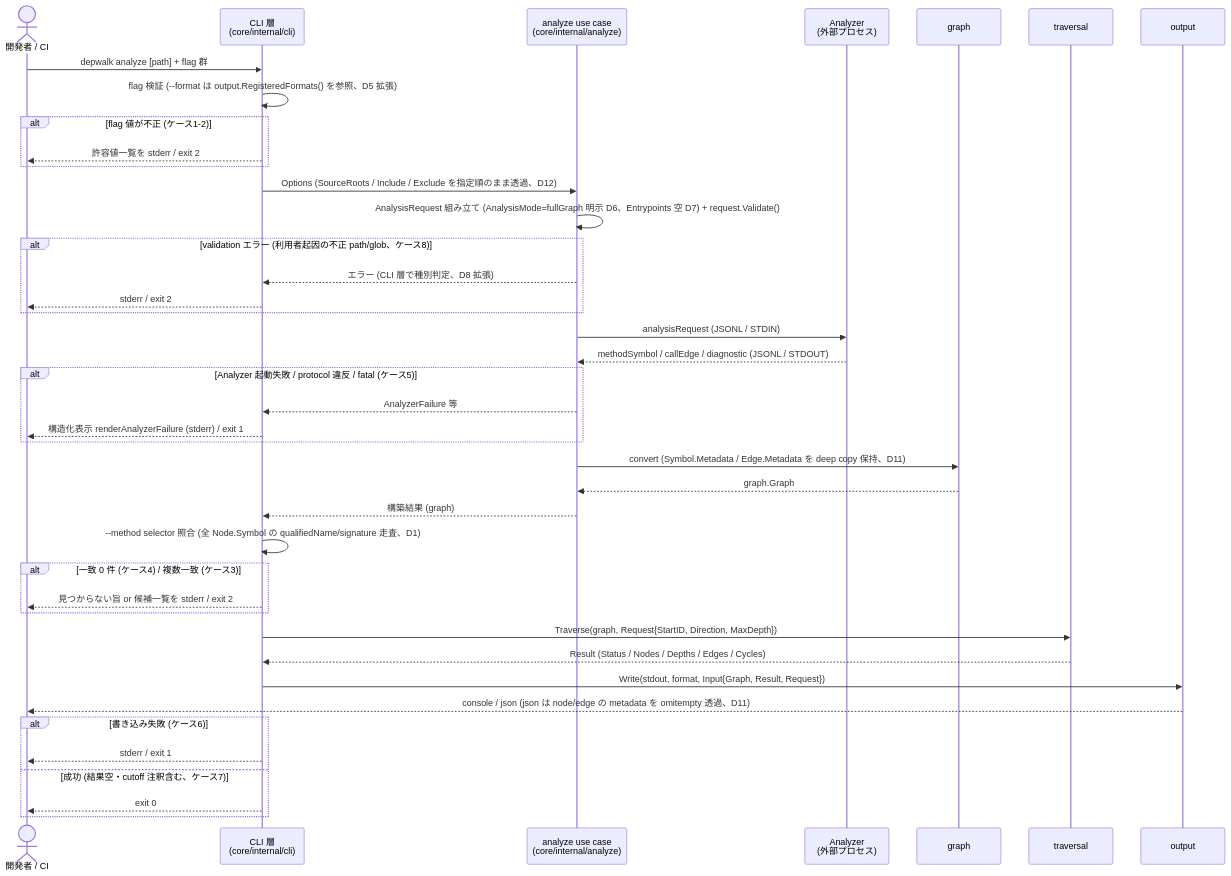
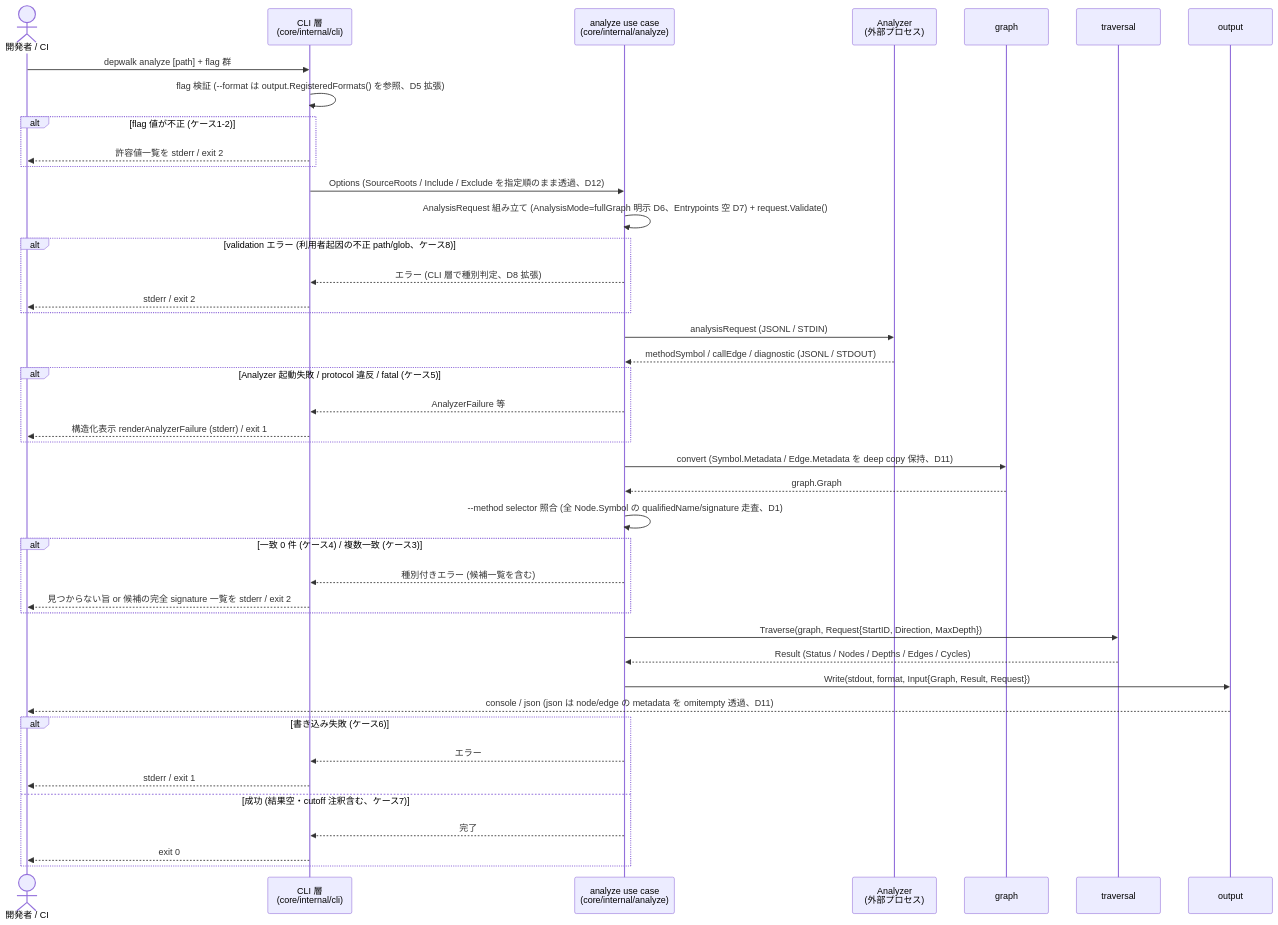
Before and after one commit to Fukuemon/depwalk: the second of 2 diagrams in specs/22-cli-interface/index.md, drawn with Mermaid. The commit also changed other lines of this file and 1 other file, not shown here.

First line of the commit message:
docs(spec): diagram レビュー指摘対応 — orchestration を use case 側へ修正 #22

````diff
--- a/specs/22-cli-interface/index.md
+++ b/specs/22-cli-interface/index.md
@@ -342,44 +342,46 @@
 ```mermaid
 sequenceDiagram
     actor User as 開発者 / CI
     participant CLI as CLI 層<br/>(core/internal/cli)
     participant UC as analyze use case<br/>(core/internal/analyze)
     participant AZ as Analyzer<br/>(外部プロセス)
     participant G as graph
     participant T as traversal
     participant O as output
 
     User->>CLI: depwalk analyze [path] + flag 群
     CLI->>CLI: flag 検証 (--format は output.RegisteredFormats() を参照、D5 拡張)
     alt flag 値が不正 (ケース1-2)
         CLI-->>User: 許容値一覧を stderr / exit 2
     end
     CLI->>UC: Options (SourceRoots / Include / Exclude を指定順のまま透過、D12)
     UC->>UC: AnalysisRequest 組み立て (AnalysisMode=fullGraph 明示 D6、Entrypoints 空 D7) + request.Validate()
     alt validation エラー (利用者起因の不正 path/glob、ケース8)
         UC-->>CLI: エラー (CLI 層で種別判定、D8 拡張)
         CLI-->>User: stderr / exit 2
     end
     UC->>AZ: analysisRequest (JSONL / STDIN)
     AZ-->>UC: methodSymbol / callEdge / diagnostic (JSONL / STDOUT)
     alt Analyzer 起動失敗 / protocol 違反 / fatal (ケース5)
         UC-->>CLI: AnalyzerFailure 等
         CLI-->>User: 構造化表示 renderAnalyzerFailure (stderr) / exit 1
     end
     UC->>G: convert (Symbol.Metadata / Edge.Metadata を deep copy 保持、D11)
     G-->>UC: graph.Graph
-    UC-->>CLI: 構築結果 (graph)
-    CLI->>CLI: --method selector 照合 (全 Node.Symbol の qualifiedName/signature 走査、D1)
+    UC->>UC: --method selector 照合 (全 Node.Symbol の qualifiedName/signature 走査、D1)
     alt 一致 0 件 (ケース4) / 複数一致 (ケース3)
-        CLI-->>User: 見つからない旨 or 候補一覧を stderr / exit 2
+        UC-->>CLI: 種別付きエラー (候補一覧を含む)
+        CLI-->>User: 見つからない旨 or 候補の完全 signature 一覧を stderr / exit 2
     end
-    CLI->>T: Traverse(graph, Request{StartID, Direction, MaxDepth})
-    T-->>CLI: Result (Status / Nodes / Depths / Edges / Cycles)
-    CLI->>O: Write(stdout, format, Input{Graph, Result, Request})
+    UC->>T: Traverse(graph, Request{StartID, Direction, MaxDepth})
+    T-->>UC: Result (Status / Nodes / Depths / Edges / Cycles)
+    UC->>O: Write(stdout, format, Input{Graph, Result, Request})
     O-->>User: console / json (json は node/edge の metadata を omitempty 透過、D11)
     alt 書き込み失敗 (ケース6)
+        UC-->>CLI: エラー
         CLI-->>User: stderr / exit 1
     else 成功 (結果空・cutoff 注釈含む、ケース7)
+        UC-->>CLI: 完了
         CLI-->>User: exit 0
     end
 ```
````
